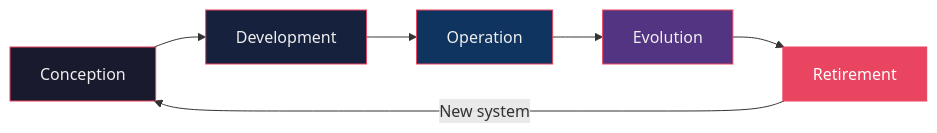
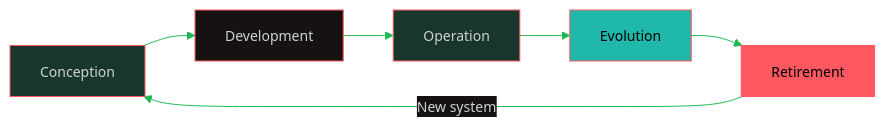
Before and after one commit to oat431/swe-knowledge: the ninth of 9 diagrams in computing-foundation-note/Fundamental/00 Basic Concepts of a System.md, drawn with Mermaid. The commit also changed other lines of this file and 139 other files, not shown here.

````diff
--- a/computing-foundation-note/Fundamental/00 Basic Concepts of a System.md
+++ b/computing-foundation-note/Fundamental/00 Basic Concepts of a System.md
@@ -724,14 +740,15 @@
 ```mermaid
+%%{init: {'theme':'base','themeVariables':{'primaryColor':'#19362D','primaryTextColor':'#CDD3D1','primaryBorderColor':'#1FB854','lineColor':'#1FB854','secondaryColor':'#161212','tertiaryColor':'#1B1717','background':'#1B1717','mainBkg':'#19362D','nodeBorder':'#1FB854','clusterBkg':'#161212','clusterBorder':'#19362D','titleColor':'#1FB854','edgeLabelBackground':'#161212','fontSize':'14px'}}}%%
 flowchart LR
     C["Conception"] --> D["Development"]
     D --> OP["Operation"]
     OP --> E["Evolution"]
     E --> R["Retirement"]
     R -->|"New system"| C
     
-    style C fill:#1a1a2e,stroke:#e94560,color:#eee
-    style D fill:#16213e,stroke:#e94560,color:#eee
-    style OP fill:#0f3460,stroke:#e94560,color:#eee
-    style E fill:#533483,stroke:#e94560,color:#eee
-    style R fill:#e94560,stroke:#e94560,color:#fff
+    style C fill:#19362D,stroke:#FF5861,color:#CDD3D1
+    style D fill:#161212,stroke:#FF5861,color:#CDD3D1
+    style OP fill:#19362D,stroke:#FF5861,color:#CDD3D1
+    style E fill:#1FB8AB,stroke:#FF5861,color:#000000
+    style R fill:#FF5861,stroke:#FF5861,color:#000000
 ```
````
